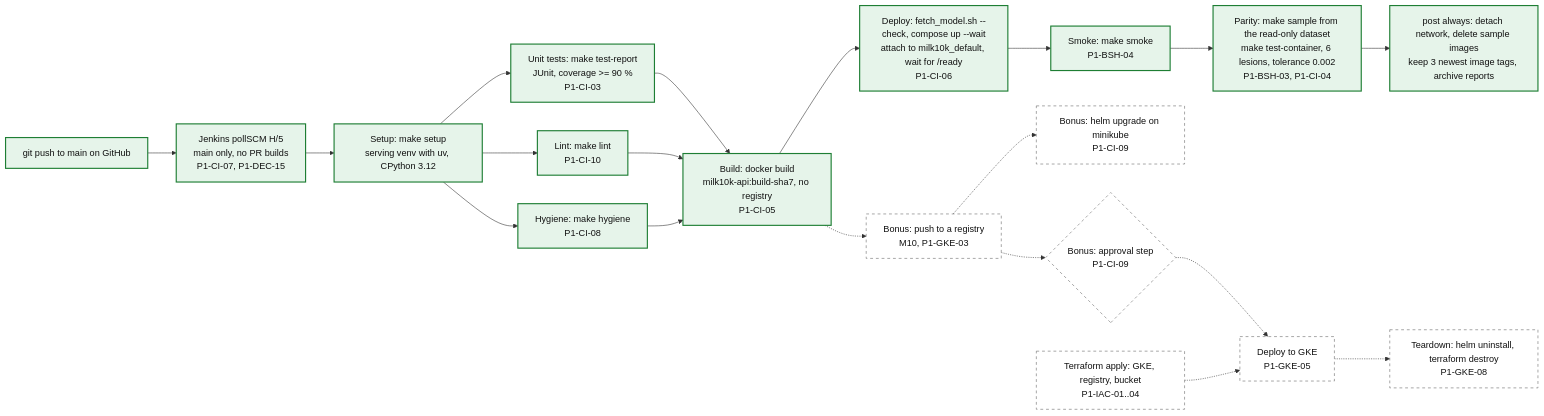
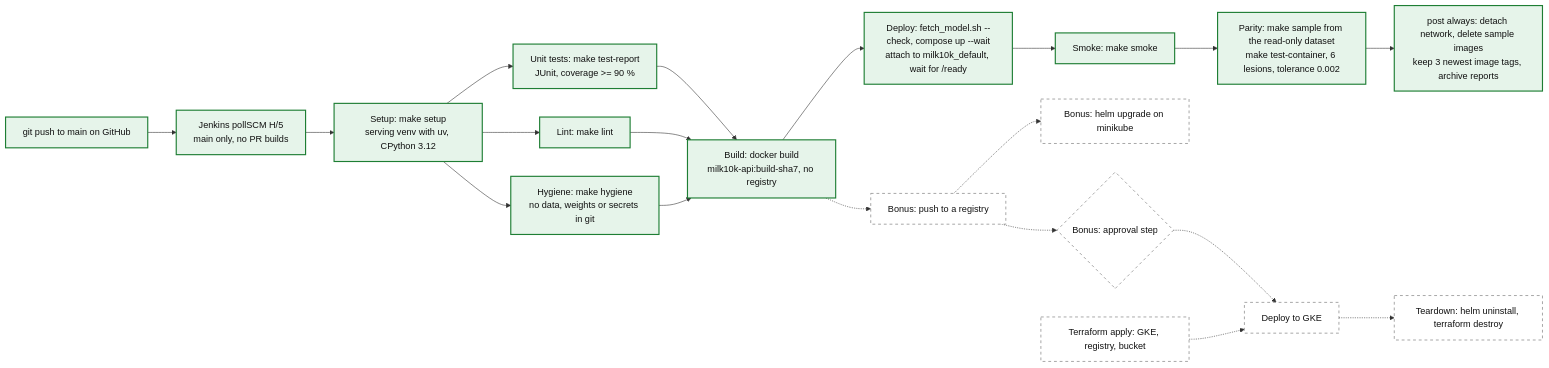
One commit to Yogurt01/milk10k-skin-lesion-mlops changed the third of 4 diagrams in docs/architecture.md. Above: the diagram before and after it, drawn with Mermaid. The commit also changed other lines of this file, not shown here.

Commit message:
Explain the architecture choices in plain words

````diff
--- a/docs/architecture.md
+++ b/docs/architecture.md
@@ -214,26 +215,26 @@
 ```mermaid
 flowchart LR
-    push["git push to main on GitHub"] --> poll["Jenkins pollSCM H/5<br/>main only, no PR builds<br/>P1-CI-07, P1-DEC-15"]
+    push["git push to main on GitHub"] --> poll["Jenkins pollSCM H/5<br/>main only, no PR builds"]
     poll --> setup["Setup: make setup<br/>serving venv with uv, CPython 3.12"]
-    setup --> tests["Unit tests: make test-report<br/>JUnit, coverage >= 90 %<br/>P1-CI-03"]
-    setup --> lint["Lint: make lint<br/>P1-CI-10"]
-    setup --> hyg["Hygiene: make hygiene<br/>P1-CI-08"]
-    tests --> build["Build: docker build<br/>milk10k-api:build-sha7, no registry<br/>P1-CI-05"]
+    setup --> tests["Unit tests: make test-report<br/>JUnit, coverage >= 90 %"]
+    setup --> lint["Lint: make lint"]
+    setup --> hyg["Hygiene: make hygiene<br/>no data, weights or secrets in git"]
+    tests --> build["Build: docker build<br/>milk10k-api:build-sha7, no registry"]
     lint --> build
     hyg --> build
-    build --> deploy["Deploy: fetch_model.sh --check, compose up --wait<br/>attach to milk10k_default, wait for /ready<br/>P1-CI-06"]
-    deploy --> smoke["Smoke: make smoke<br/>P1-BSH-04"]
-    smoke --> parity["Parity: make sample from the read-only dataset<br/>make test-container, 6 lesions, tolerance 0.002<br/>P1-BSH-03, P1-CI-04"]
+    build --> deploy["Deploy: fetch_model.sh --check, compose up --wait<br/>attach to milk10k_default, wait for /ready"]
+    deploy --> smoke["Smoke: make smoke"]
+    smoke --> parity["Parity: make sample from the read-only dataset<br/>make test-container, 6 lesions, tolerance 0.002"]
     parity --> post["post always: detach network, delete sample images<br/>keep 3 newest image tags, archive reports"]
-    build -.-> pushimg["Bonus: push to a registry<br/>M10, P1-GKE-03"]
-    pushimg -.-> helm["Bonus: helm upgrade on minikube<br/>P1-CI-09"]
-    pushimg -.-> approve{"Bonus: approval step<br/>P1-CI-09"}
-    approve -.-> gkedeploy["Deploy to GKE<br/>P1-GKE-05"]
-    tfapply["Terraform apply: GKE, registry, bucket<br/>P1-IAC-01..04"] -.-> gkedeploy
-    gkedeploy -.-> teardown["Teardown: helm uninstall, terraform destroy<br/>P1-GKE-08"]
+    build -.-> pushimg["Bonus: push to a registry"]
+    pushimg -.-> helm["Bonus: helm upgrade on minikube"]
+    pushimg -.-> approve{"Bonus: approval step"}
+    approve -.-> gkedeploy["Deploy to GKE"]
+    tfapply["Terraform apply: GKE, registry, bucket"] -.-> gkedeploy
+    gkedeploy -.-> teardown["Teardown: helm uninstall, terraform destroy"]
 
     classDef implemented fill:#e6f4ea,stroke:#1e7e34,stroke-width:2px,color:#111111
     classDef planned fill:#ffffff,stroke:#666666,stroke-width:1px,stroke-dasharray:5 5,color:#111111
     class push,poll,setup,tests,lint,hyg,build,deploy,smoke,parity,post implemented
     class pushimg,helm,approve,gkedeploy,tfapply,teardown planned
 ```
````
